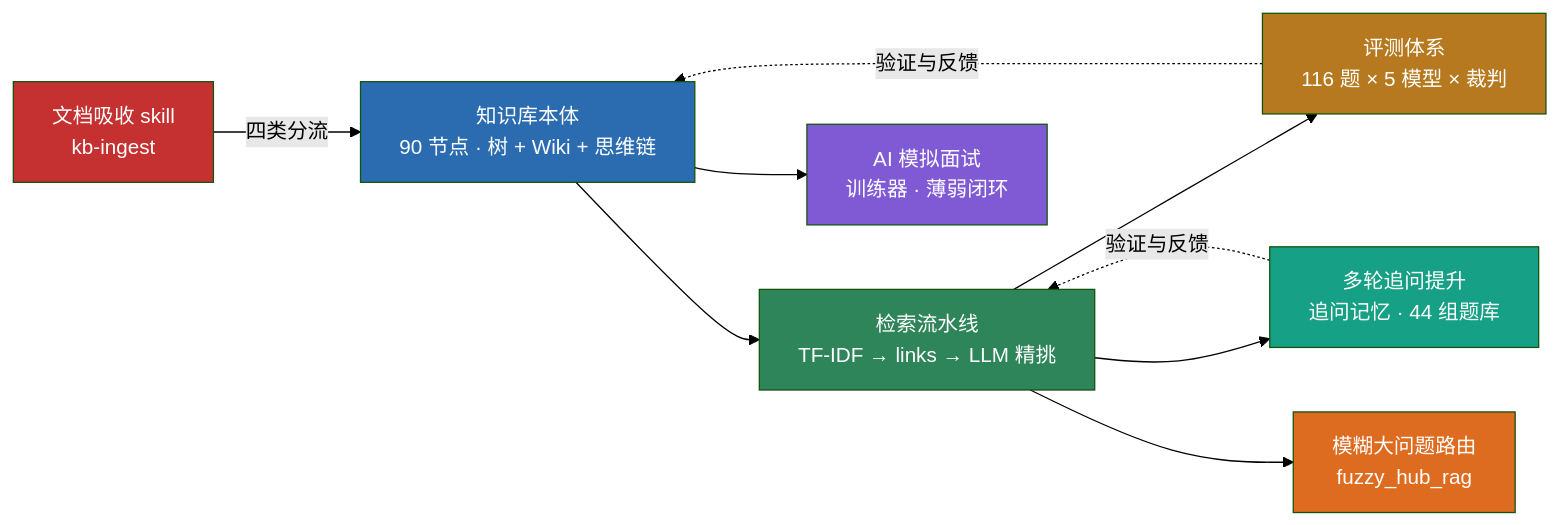
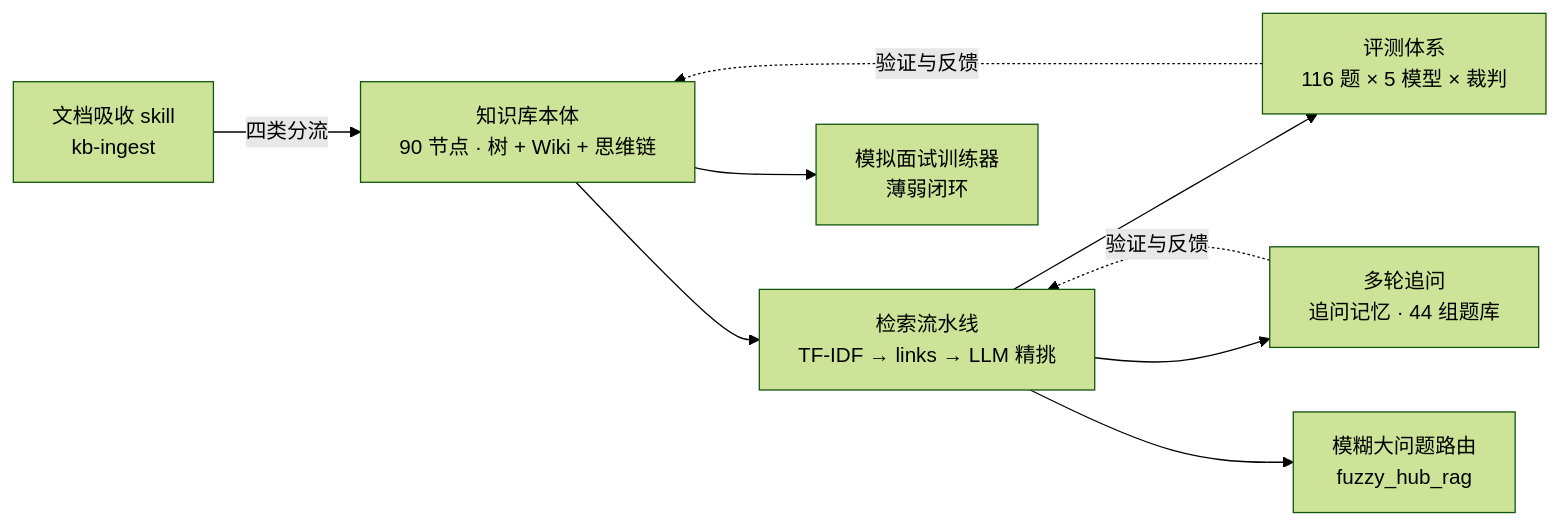
The first of 7 diagrams in README.md (Baixiaodou/comm-knowledge-graph), drawn with Mermaid (forest theme) before and after one commit. The commit also changed other lines of this file and 4 other files, not shown here.

First line of the commit message:
docs(readme): 学术化重写 + 配图去装饰并提高分辨率

````diff
--- a/README.md
+++ b/README.md
@@ -54,19 +55,11 @@
 ```mermaid
 flowchart LR
     A["知识库本体<br/>90 节点 · 树 + Wiki + 思维链"] --> B["检索流水线<br/>TF-IDF → links → LLM 精挑"]
     B --> C["评测体系<br/>116 题 × 5 模型 × 裁判"]
-    A --> D["AI 模拟面试<br/>训练器 · 薄弱闭环"]
-    B --> E["多轮追问提升<br/>追问记忆 · 44 组题库"]
+    A --> D["模拟面试训练器<br/>薄弱闭环"]
+    B --> E["多轮追问<br/>追问记忆 · 44 组题库"]
     E -.->|验证与反馈| B
     B --> F["模糊大问题路由<br/>fuzzy_hub_rag"]
     G["文档吸收 skill<br/>kb-ingest"] -->|四类分流| A
     C -.->|验证与反馈| A
-
-    style A fill:#2b6cb0,color:#fff
-    style B fill:#2f855a,color:#fff
-    style C fill:#b7791f,color:#fff
-    style D fill:#805ad5,color:#fff
-    style E fill:#16a085,color:#fff
-    style G fill:#c53030,color:#fff
-    style F fill:#dd6b20,color:#fff
 ```
````
